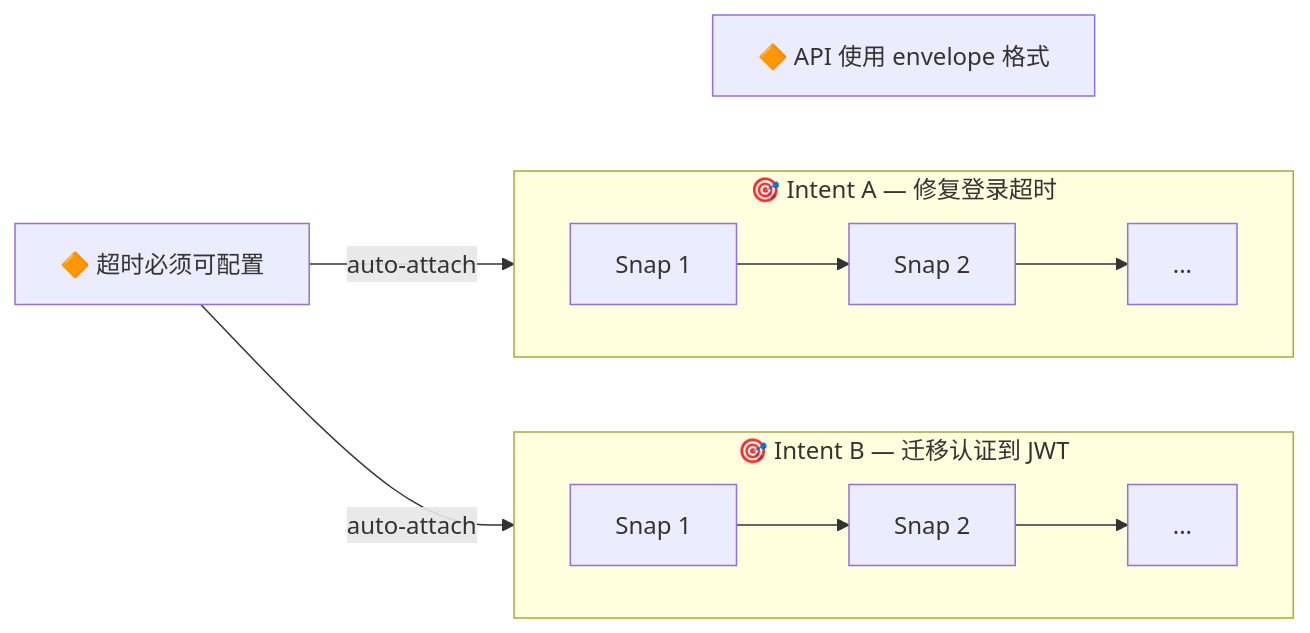
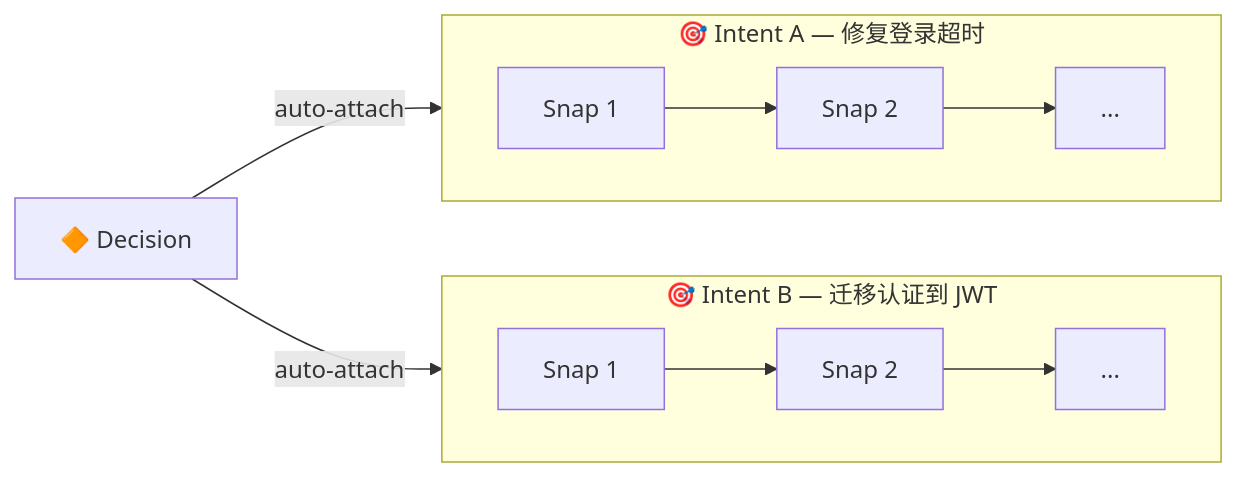
The second of 2 diagrams in README.CN.md (dozybot001/Intent), drawn with Mermaid before and after one commit. The commit also changed 1 other file, not shown here.

Commit message:
Simplify Fig.2: single Decision node, no specific description

````diff
--- a/README.CN.md
+++ b/README.CN.md
@@ -56,19 +56,17 @@
 ```mermaid
 flowchart LR
-  D1["🔶 超时必须可配置"]
-  D2["🔶 API 使用 envelope 格式"]
-  D1 ~~~ D2
+  D1["🔶 Decision"]
 
   subgraph IntentA["🎯 Intent A — 修复登录超时"]
     direction LR
     S1["Snap 1"] --> S2["Snap 2"] --> S3["..."]
   end
 
   subgraph IntentB["🎯 Intent B — 迁移认证到 JWT"]
     direction LR
     S4["Snap 1"] --> S5["Snap 2"] --> S6["..."]
   end
 
   D1 -- auto-attach --> IntentA
   D1 -- auto-attach --> IntentB
 ```
````
